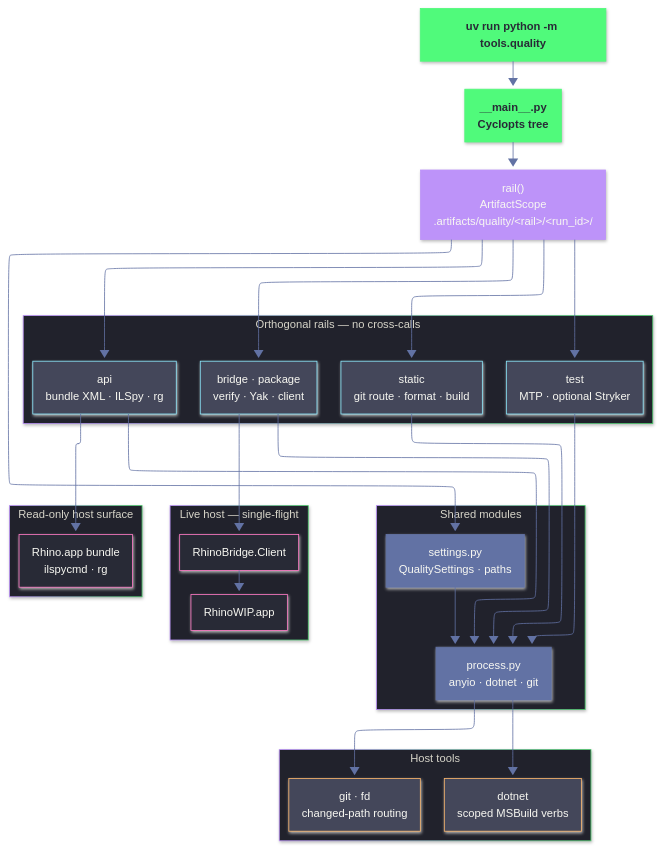
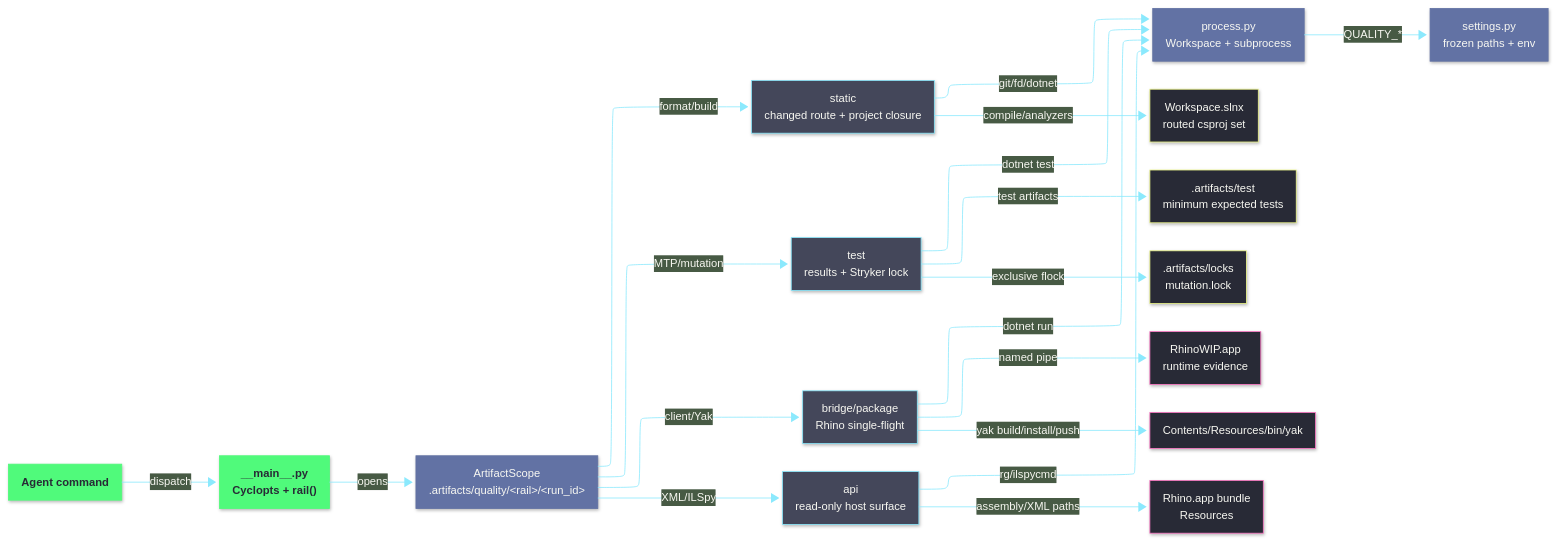
Before and after one commit to bsamiee/Rasm: the diagram in tools/quality/README.md, drawn with Mermaid. The commit also changed other lines of this file, not shown here.

Commit message:
Refine quality operator README

````diff
--- a/tools/quality/README.md
+++ b/tools/quality/README.md
@@ -20,98 +25,45 @@
   layout: elk
   look: neo
   theme: base
-  elk:
-    mergeEdges: false
-    nodePlacementStrategy: BRANDES_KOEPF
-    cycleBreakingStrategy: GREEDY_MODEL_ORDER
-    layering: LONGEST_PATH
-    edgeRouting: SPLINES
-    spacing:
-      nodeNode: 72
-      edgeNode: 48
-      edgeEdge: 32
-      componentComponent: 56
-    padding: "[top=64,left=64,bottom=64,right=64]"
-    hierarchyHandling: INCLUDE_CHILDREN
-    separateConnectedComponents: true
-    aspectRatio: 1.4
   themeVariables:
     background: "#282a36"
     fontFamily: "JetBrains Mono, monospace"
     fontSize: "14px"
     primaryColor: "#44475a"
     primaryTextColor: "#f8f8f2"
-    primaryBorderColor: "#bd93f9"
-    lineColor: "#6272a4"
-    secondaryColor: "#50fa7b"
-    tertiaryColor: "#282a36"
+    primaryBorderColor: "#8be9fd"
+    lineColor: "#8be9fd"
     clusterBkg: "#21222c"
     clusterBorder: "#6272a4"
-    edgeLabelBackground: "#282a36"
-    defaultLinkColor: "#8be9fd"
 ---
-flowchart TB
-  accTitle: Quality operator architecture
-  accDescr: Cyclopts entry dispatches four orthogonal rails through rail and ArtifactScope. Shared settings and process modules supply scoped dotnet, git, and fd. Bridge and package verbs alone reach RhinoWIP through RhinoBridge.Client; api reads the host bundle without launching Rhino.
+flowchart LR
+  accTitle: Quality operator rail map
+  accDescr: Agent command enters Cyclopts, opens a per-rail artifact scope, then routes to one independent quality rail. Static owns C# cleanup and compile proof. Test owns MTP and explicit mutation. Bridge and package own live Rhino and Yak. API reads host bundle metadata only.
 
-  entry["uv run python -m tools.quality"]:::entry --> cli["__main__.py<br/>Cyclopts tree"]:::entry
-  cli --> rail_wrap["rail()<br/>ArtifactScope<br/>.artifacts/quality/&lt;rail&gt;/&lt;run_id&gt;/"]:::scope
+  agent["Agent command"]:::entry -->|dispatch| cli["__main__.py<br/>Cyclopts + rail()"]:::entry
+  cli -->|opens| scope["ArtifactScope<br/>.artifacts/quality/&lt;rail&gt;/&lt;run_id&gt;"]:::shared
 
-  subgraph rails["Orthogonal rails — no cross-calls"]
-    direction LR
-    static_rail["static<br/>git route · format · build"]:::rail
-    test_rail["test<br/>MTP · optional Stryker"]:::rail
-    bridge_rail["bridge · package<br/>verify · Yak · client"]:::rail
-    api_rail["api<br/>bundle XML · ILSpy · rg"]:::rail
-  end
+  scope -->|format/build| static_rail["static<br/>changed route + project closure"]:::rail
+  scope -->|MTP/mutation| test_rail["test<br/>results + Stryker lock"]:::rail
+  scope -->|client/Yak| bridge_rail["bridge/package<br/>Rhino single-flight"]:::rail
+  scope -->|XML/ILSpy| api_rail["api<br/>read-only host surface"]:::rail
 
-  rail_wrap --> static_rail
-  rail_wrap --> test_rail
-  rail_wrap --> bridge_rail
-  rail_wrap --> api_rail
+  static_rail -->|git/fd/dotnet| process_node["process.py<br/>Workspace + subprocess"]:::shared
+  test_rail -->|dotnet test| process_node
+  bridge_rail -->|dotnet run| process_node
+  api_rail -->|rg/ilspycmd| process_node
+  process_node -->|QUALITY_*| settings_node["settings.py<br/>frozen paths + env"]:::shared
 
-  subgraph core["Shared modules"]
-    direction LR
-    cfg["settings.py<br/>QualitySettings · paths"]:::shared
-    proc["process.py<br/>anyio · dotnet · git"]:::shared
-  end
-
-  rail_wrap --> cfg
-  static_rail --> proc
-  test_rail --> proc
-  bridge_rail --> proc
-  api_rail --> proc
-  cfg --> proc
-
-  subgraph tools["Host tools"]
-    direction LR
-    dotnet_node["dotnet<br/>scoped MSBuild verbs"]:::tool
-    vcs_node["git · fd<br/>changed-path routing"]:::tool
-  end
-
-  proc --> dotnet_node
-  proc --> vcs_node
-
-  subgraph rhino["Live host — single-flight"]
-    direction LR
-    client_node["RhinoBridge.Client"]:::host
-    rhino_node["RhinoWIP.app"]:::host
-  end
-
-  bridge_rail --> client_node
-  client_node --> rhino_node
-
-  subgraph bundle["Read-only host surface"]
-    direction LR
-    host_node["Rhino.app bundle<br/>ilspycmd · rg"]:::host
-  end
-
-  api_rail --> host_node
+  static_rail -->|compile/analyzers| sln_node["Workspace.slnx<br/>routed csproj set"]:::evidence
+  test_rail -->|test artifacts| mtp_node[".artifacts/test<br/>minimum expected tests"]:::evidence
+  test_rail -->|exclusive flock| mutation_node[".artifacts/locks<br/>mutation.lock"]:::evidence
+  bridge_rail -->|named pipe| rhino_node["RhinoWIP.app<br/>runtime evidence"]:::host
+  bridge_rail -->|yak build/install/push| yak_node["Contents/Resources/bin/yak"]:::host
+  api_rail -->|assembly/XML paths| bundle_node["Rhino.app bundle<br/>Resources"]:::host
 
   classDef entry fill:#50fa7b,stroke:#50fa7b,color:#282a36,font-weight:bold
-  classDef scope fill:#bd93f9,stroke:#bd93f9,color:#f8f8f2
+  classDef shared fill:#6272a4,stroke:#6272a4,color:#f8f8f2
   classDef rail fill:#44475a,stroke:#8be9fd,color:#f8f8f2
-  classDef shared fill:#6272a4,stroke:#6272a4,color:#f8f8f2
-  classDef tool fill:#44475a,stroke:#ffb86c,color:#f8f8f2
+  classDef evidence fill:#282a36,stroke:#f1fa8c,color:#f8f8f2
   classDef host fill:#282a36,stroke:#ff79c6,color:#f8f8f2
 ```
````
